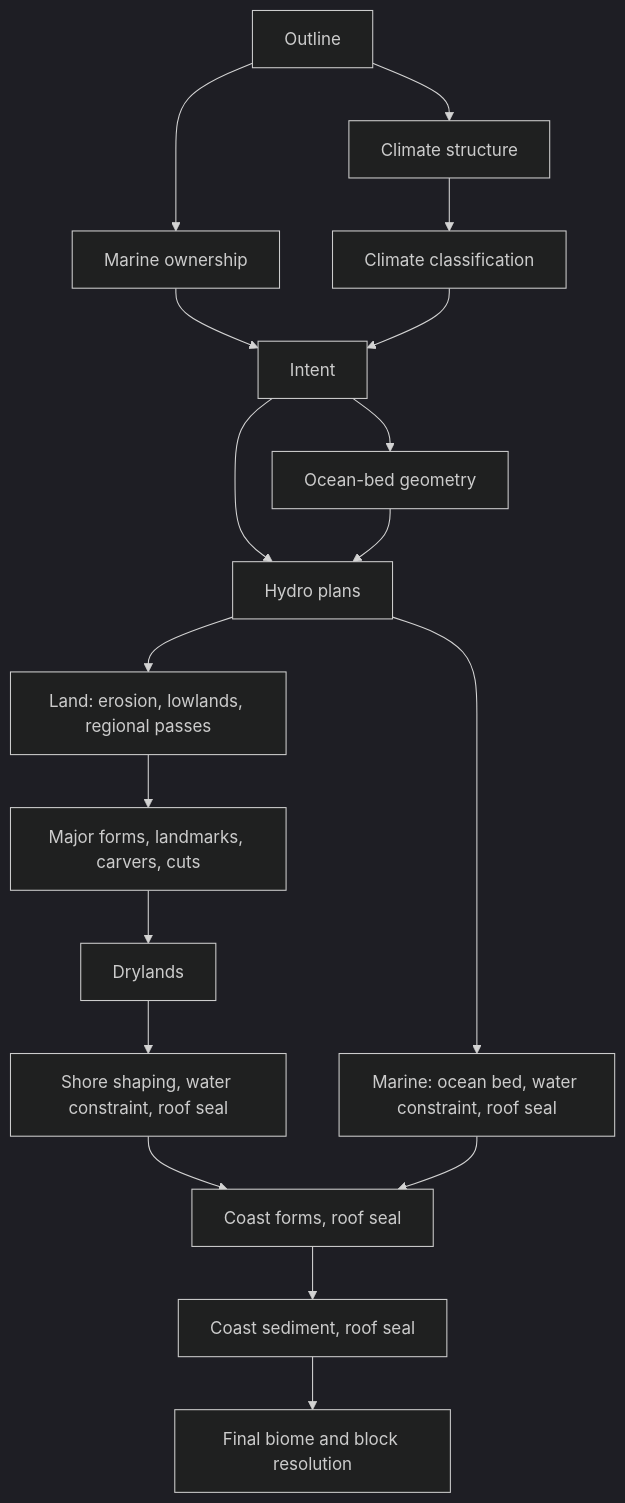
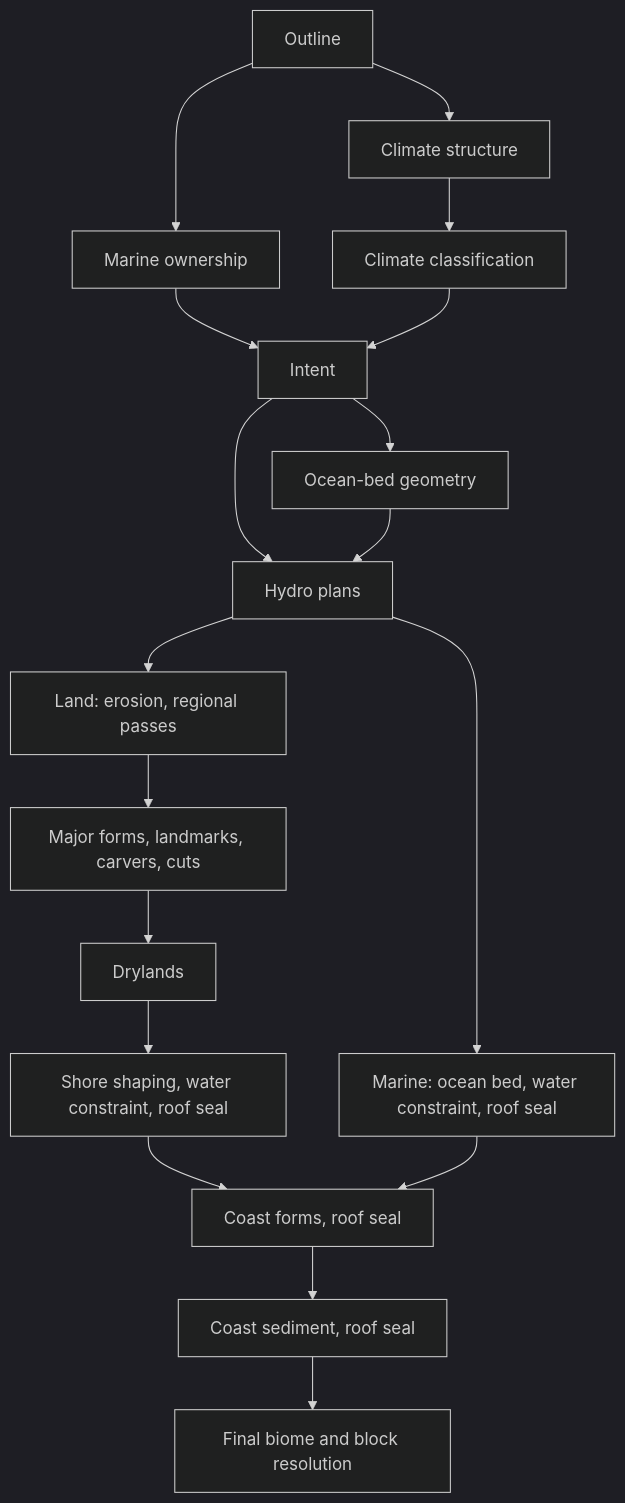
One commit to orthrus-research/Riven changed the second of 2 diagrams in docs/ARCHITECTURE.md. Above: the diagram before and after it, drawn with Mermaid (dark theme). The commit also changed other lines of this file and 42 other files, not shown here.

````diff
--- a/docs/ARCHITECTURE.md
+++ b/docs/ARCHITECTURE.md
@@ -130,19 +129,19 @@
 ```mermaid
 flowchart TD
   O[Outline] --> M[Marine ownership]
   O --> CS[Climate structure] --> CF[Climate classification]
   M --> I[Intent]
   CF --> I
   I --> H[Hydro plans]
   I --> B[Ocean-bed geometry]
   B --> H
-  H --> L[Land: erosion, lowlands, regional passes]
+  H --> L[Land: erosion, regional passes]
   H --> Q[Marine: ocean bed, water constraint, roof seal]
   L --> A[Major forms, landmarks, carvers, cuts]
   A --> D[Drylands]
   D --> W[Shore shaping, water constraint, roof seal]
   W --> R[Coast forms, roof seal]
   Q --> R
   R --> S[Coast sediment, roof seal]
   S --> F[Final biome and block resolution]
 ```
````
